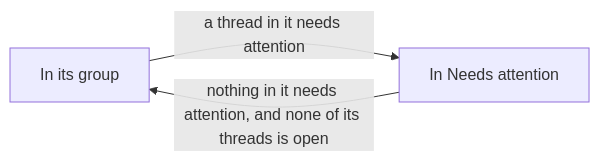
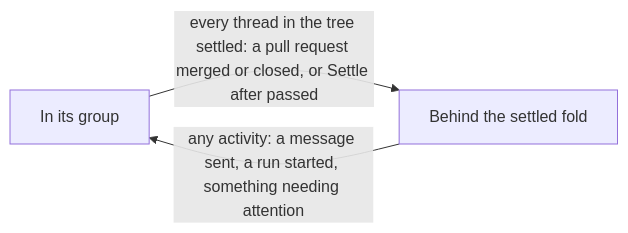
One commit to gperezmz/bb-plugins changed the second of 2 diagrams in docs/explanation/thread-glance-attention.md. Above: the diagram before and after it, drawn with Mermaid. The commit also changed other lines of this file and 57 other files, not shown here.

First line of the commit message:
feat(thread-glance)!: redesign rows, Needs attention, list header and settling (#94)

````diff
--- a/docs/explanation/thread-glance-attention.md
+++ b/docs/explanation/thread-glance-attention.md
@@ -42,5 +73,5 @@
 ```mermaid
 flowchart LR
-  group["In its group"] -->|"a thread in it needs attention"| section["In Needs attention"]
-  section -->|"nothing in it needs attention, and none of its threads is open"| group
+  live["In its group"] -->|"every thread in the tree settled: a pull request merged or closed, or Settle after passed"| fold["Behind the settled fold"]
+  fold -->|"any activity: a message sent, a run started, something needing attention"| live
 ```
````
